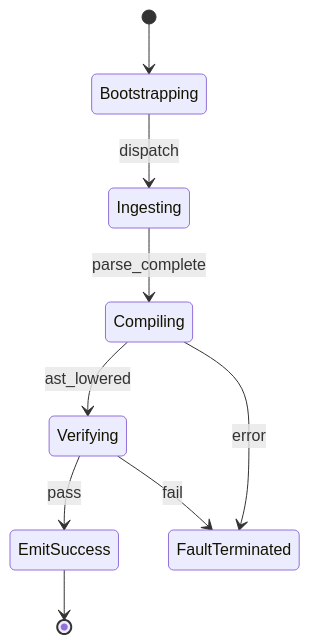
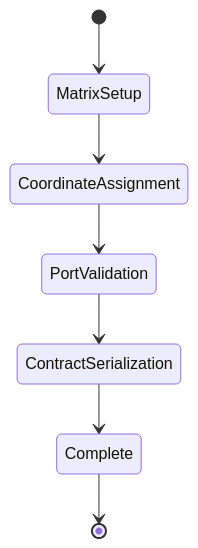
One commit to gintatkinson/dumpiler-01 changed the second of 2 diagrams in docs/epics/EPIC-10-InterconnectContracts.md. Above: the diagram before and after it, drawn with Mermaid. The commit also changed other lines of this file and 45 other files, not shown here.

````diff
--- a/docs/epics/EPIC-10-InterconnectContracts.md
+++ b/docs/epics/EPIC-10-InterconnectContracts.md
@@ -58,11 +79,9 @@
 ```mermaid
 stateDiagram-v2
-    [*] --> Bootstrapping
-    Bootstrapping --> Ingesting : dispatch
-    Ingesting --> Compiling : parse_complete
-    Compiling --> Verifying : ast_lowered
-    Verifying --> EmitSuccess : pass
-    Compiling --> FaultTerminated : error
-    Verifying --> FaultTerminated : fail
-    EmitSuccess --> [*]
+    [*] --> MatrixSetup
+    MatrixSetup --> CoordinateAssignment
+    CoordinateAssignment --> PortValidation
+    PortValidation --> ContractSerialization
+    ContractSerialization --> Complete
+    Complete --> [*]
 ```
````
